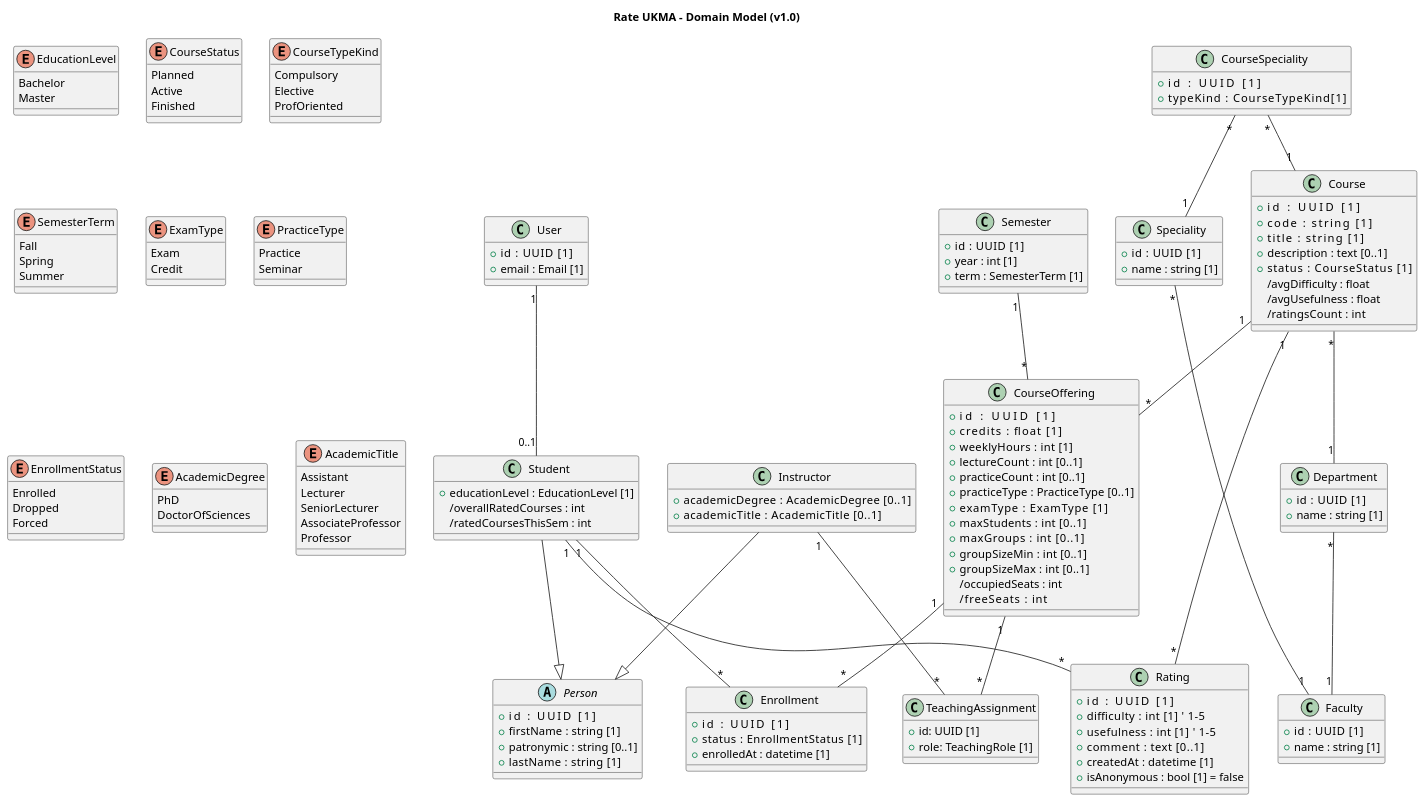
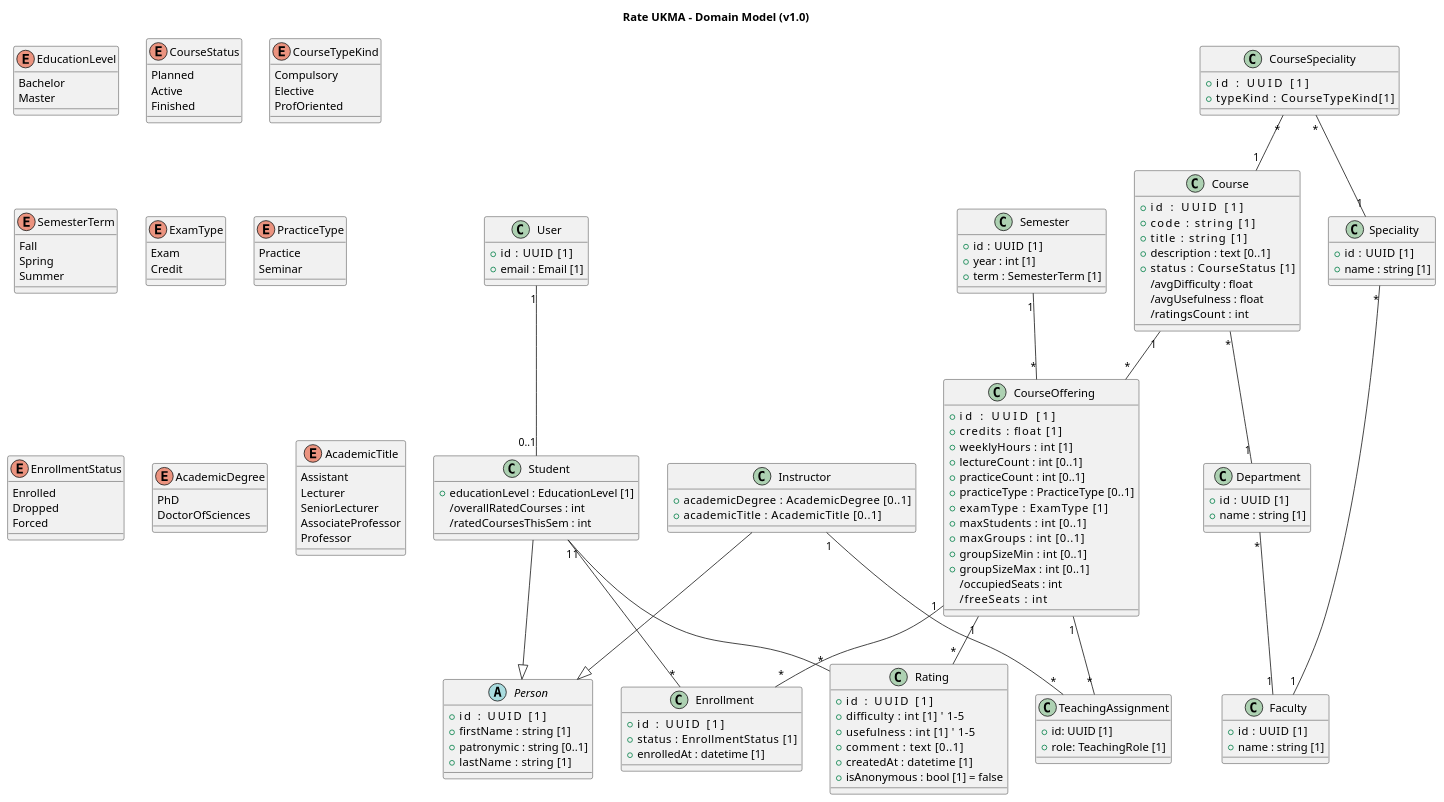
The diagram in docs/architecture/uml/domain-model.puml (ukma-cs-ssdm-2025/rate-ukma), drawn with PlantUML before and after one commit.

Commit message:
docs(#86): link rating to CourseOffering

```diff
--- a/docs/architecture/uml/domain-model.puml
+++ b/docs/architecture/uml/domain-model.puml
@@ -1,169 +1,169 @@
 @startuml core-domain-model
 title Rate UKMA – Domain Model (v1.0)
 
 class User {
   +id    : UUID [1]
   +email : Email [1]
 }
 
 abstract class Person {
   +id         : UUID [1]
   +firstName  : string [1]
   +patronymic : string [0..1]
   +lastName   : string [1]
 }
 
 class Student {
   +educationLevel : EducationLevel [1]
   /overallRatedCourses : int
   /ratedCoursesThisSem : int
 }
 User "1" -- "0..1" Student
 Student --|> Person
 
 class Instructor {
   +academicDegree     : AcademicDegree [0..1]
   +academicTitle      : AcademicTitle [0..1]
 }
 Instructor --|> Person
 
 class Faculty {
   +id   : UUID [1]
   +name : string [1]
 }
 
 class Department {
   +id   : UUID [1]
   +name : string [1]
 }
 Department "*" -- "1" Faculty
 
 class Speciality {
   +id   : UUID [1]
   +name : string [1]
 }
 Speciality "*" -- "1" Faculty
 
 class Course {
   +id           : UUID [1]
   +code         : string [1]
   +title        : string [1]
   +description  : text [0..1]
   +status       : CourseStatus [1]
   /avgDifficulty : float
   /avgUsefulness : float
   /ratingsCount  : int
 }
 Course "*" -- "1" Department
 
 class CourseSpeciality {
   +id           : UUID [1]
   +typeKind         : CourseTypeKind[1]
 }
 CourseSpeciality "*" -- "1" Course
 CourseSpeciality "*" -- "1" Speciality
 
 class Semester {
   +id   : UUID [1]
   +year : int [1]
   +term : SemesterTerm [1]
 }
 
 class CourseOffering {
   +id            : UUID [1]
   +credits       : float [1]
   +weeklyHours   : int [1]
   +lectureCount  : int [0..1]
   +practiceCount : int [0..1]
   +practiceType  : PracticeType [0..1]
   +examType      : ExamType [1]
   +maxStudents   : int [0..1]
   +maxGroups     : int [0..1]
   +groupSizeMin  : int [0..1]
   +groupSizeMax  : int [0..1]
   /occupiedSeats : int
   /freeSeats     : int
 }
 Course "1"   -- "*" CourseOffering
 Semester "1" -- "*" CourseOffering
 
 class TeachingAssignment {
   +id: UUID [1]
   +role: TeachingRole [1]
 }
 CourseOffering "1" -- "*" TeachingAssignment
 Instructor "1" -- "*" TeachingAssignment
 
 
 class Enrollment {
   +id         : UUID [1]
   +status     : EnrollmentStatus [1]
   +enrolledAt : datetime [1]
 }
 Student "1"        -- "*" Enrollment
 CourseOffering "1" -- "*" Enrollment
 
 class Rating {
   +id         : UUID [1]
   +difficulty : int [1]    ' 1–5
   +usefulness : int [1]    ' 1–5
   +comment    : text [0..1]
   +createdAt  : datetime [1]
   +isAnonymous : bool [1] = false
 }
 Student "1" -- "*" Rating
-Course  "1" -- "*" Rating
+CourseOffering  "1" -- "*" Rating
 
 enum EducationLevel {
   Bachelor
   Master
 }
 
 enum CourseStatus {
   Planned
   Active
   Finished
 }
 
 enum CourseTypeKind {
   Compulsory
   Elective
   ProfOriented
 }
 
 enum SemesterTerm {
   Fall
   Spring
   Summer
 }
 
 enum ExamType {
   Exam
   Credit
 }
 
 enum PracticeType {
   Practice
   Seminar
 }
 
 enum EnrollmentStatus {
   Enrolled
   Dropped
   Forced
 }
 
 enum AcademicDegree {
   PhD
   DoctorOfSciences
 }
 
 enum AcademicTitle {
   Assistant
   Lecturer
   SeniorLecturer
   AssociateProfessor   
   Professor            
 }
 
 @enduml
```
